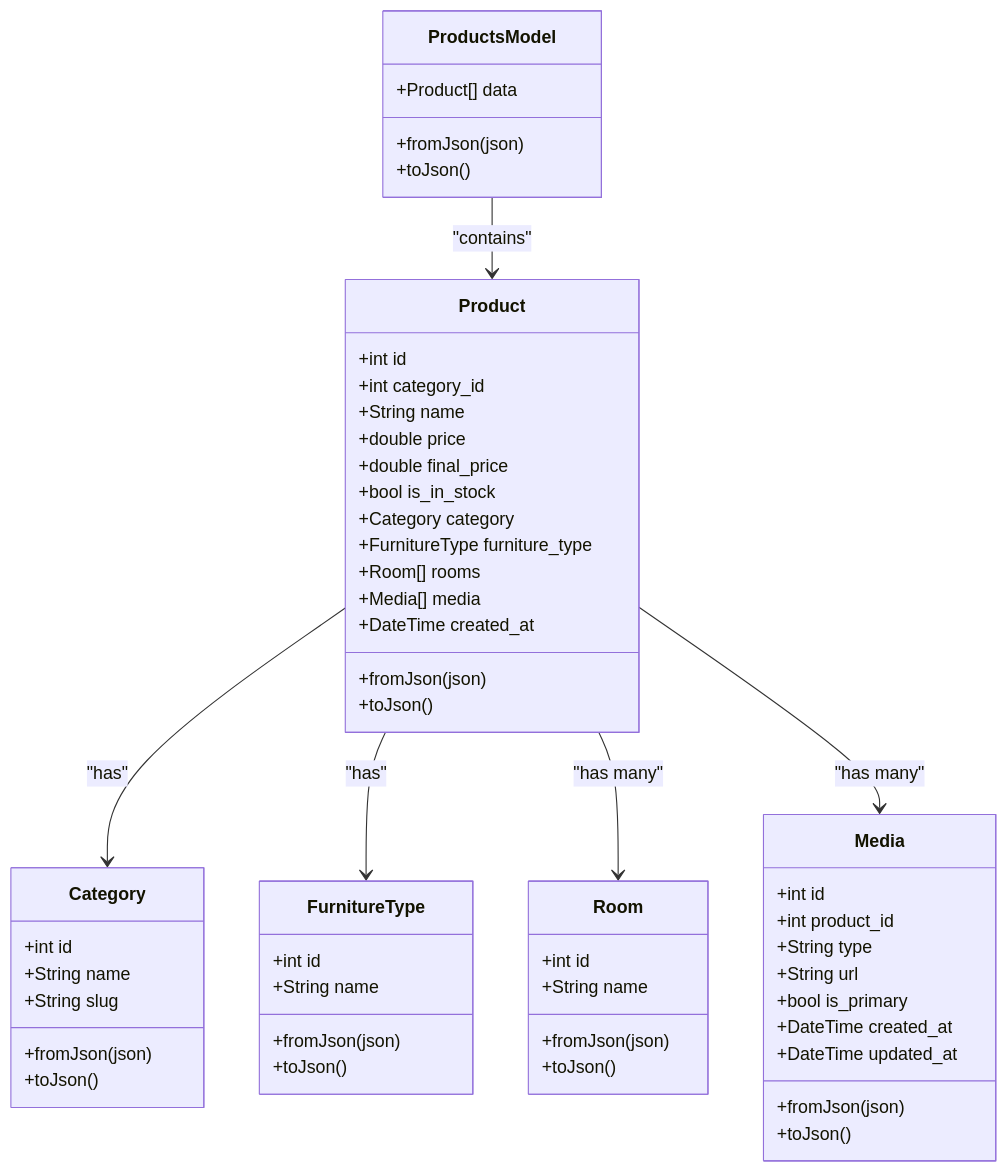
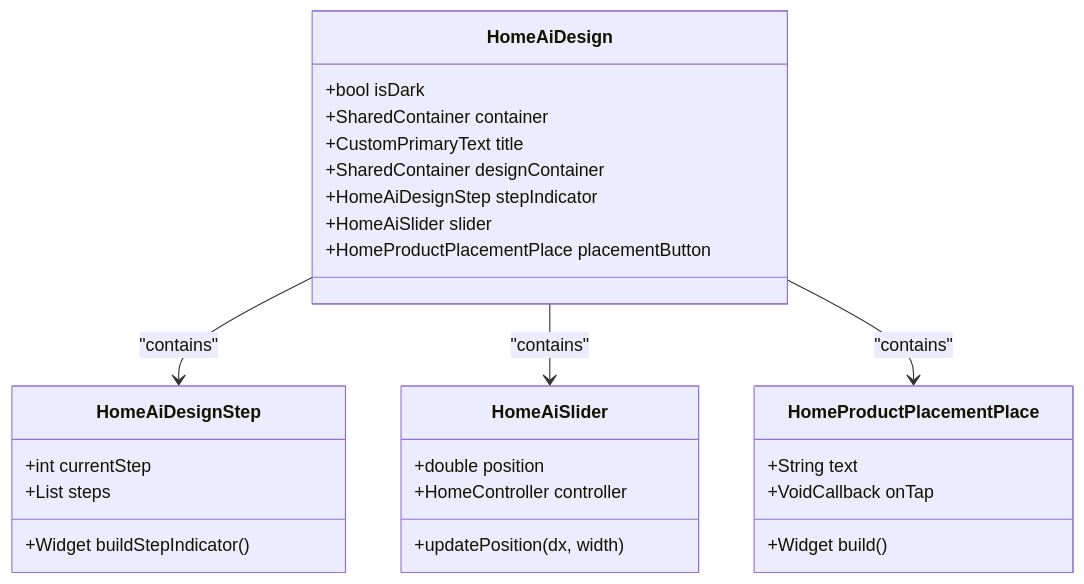
Before and after one commit to Ariful3111/FurniGo: the ninth of 18 diagrams in .qoder/repowiki/en/content/Core Features/E-commerce Platform/E-commerce Platform.md, drawn with Mermaid. The commit also changed other lines of this file and 67 other files, not shown here.

````diff
--- a/.qoder/repowiki/en/content/Core Features/E-commerce Platform/E-commerce Platform.md
+++ b/.qoder/repowiki/en/content/Core Features/E-commerce Platform/E-commerce Platform.md
@@ -287,58 +602,30 @@
 ```mermaid
 classDiagram
-class ProductsModel {
-+Product[] data
-+fromJson(json)
-+toJson()
+class HomeAiDesign {
++bool isDark
++SharedContainer container
++CustomPrimaryText title
++SharedContainer designContainer
++HomeAiDesignStep stepIndicator
++HomeAiSlider slider
++HomeProductPlacementPlace placementButton
 }
-class Product {
-+int id
-+int category_id
-+String name
-+double price
-+double final_price
-+bool is_in_stock
-+Category category
-+FurnitureType furniture_type
-+Room[] rooms
-+Media[] media
-+DateTime created_at
-+fromJson(json)
-+toJson()
+class HomeAiDesignStep {
++int currentStep
++List steps
++Widget buildStepIndicator()
 }
-class Category {
-+int id
-+String name
-+String slug
-+fromJson(json)
-+toJson()
+class HomeAiSlider {
++double position
++HomeController controller
++updatePosition(dx, width)
 }
-class FurnitureType {
-+int id
-+String name
-+fromJson(json)
-+toJson()
+class HomeProductPlacementPlace {
++String text
++VoidCallback onTap
++Widget build()
 }
-class Room {
-+int id
-+String name
-+fromJson(json)
-+toJson()
-}
-class Media {
-+int id
-+int product_id
-+String type
-+String url
-+bool is_primary
-+DateTime created_at
-+DateTime updated_at
-+fromJson(json)
-+toJson()
-}
-ProductsModel --> Product : "contains"
-Product --> Category : "has"
-Product --> FurnitureType : "has"
-Product --> Room : "has many"
-Product --> Media : "has many"
+HomeAiDesign --> HomeAiDesignStep : "contains"
+HomeAiDesign --> HomeAiSlider : "contains"
+HomeAiDesign --> HomeProductPlacementPlace : "contains"
 ```
````
